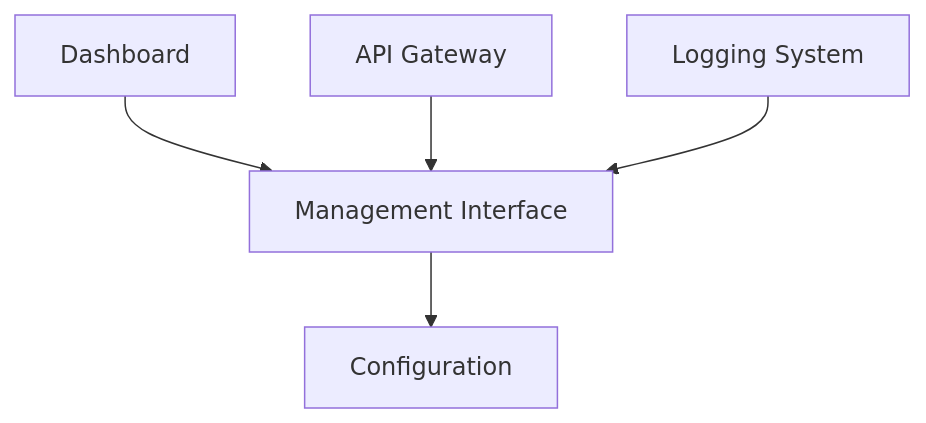
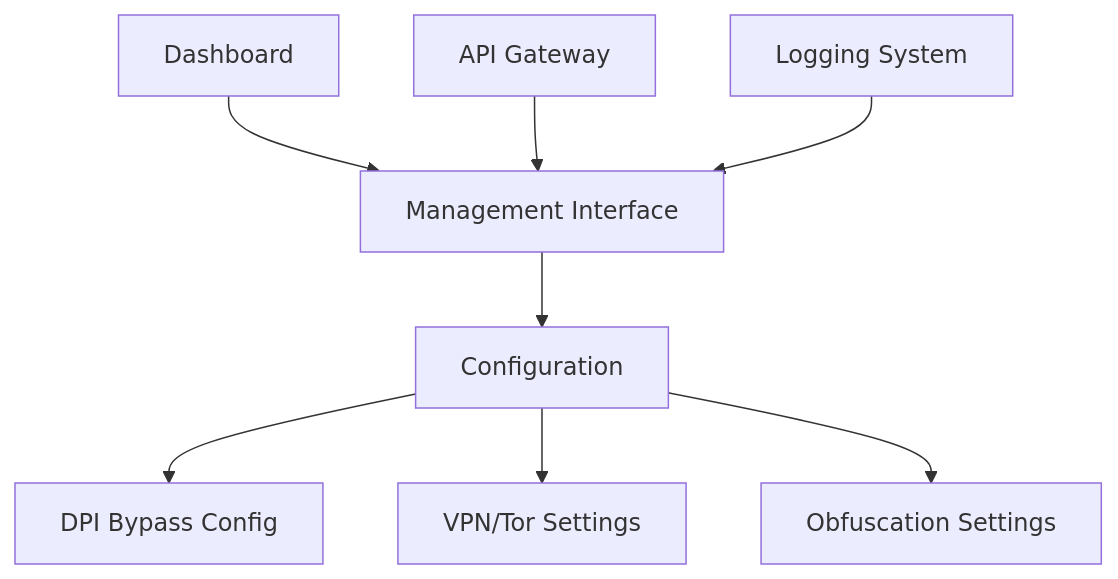
One commit to RazdoruNET/RS---Razdor-Secure changed the fifth of 10 diagrams in docs/architecture/overview.md. Above: the diagram before and after it, drawn with Mermaid. The commit also changed other lines of this file and 13 other files, not shown here.

````diff
--- a/docs/architecture/overview.md
+++ b/docs/architecture/overview.md
@@ -76,7 +91,10 @@
 ```mermaid
 graph TB
     A[Dashboard] --> D[Management Interface]
     B[API Gateway] --> D
     C[Logging System] --> D
     D --> E[Configuration]
+    E --> F[DPI Bypass Config]
+    E --> G[VPN/Tor Settings]
+    E --> H[Obfuscation Settings]
 ```
````
